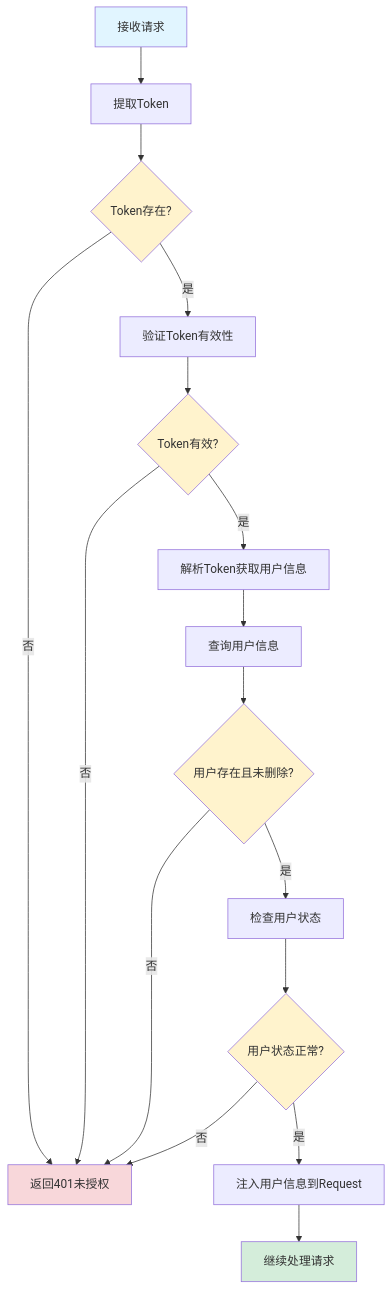
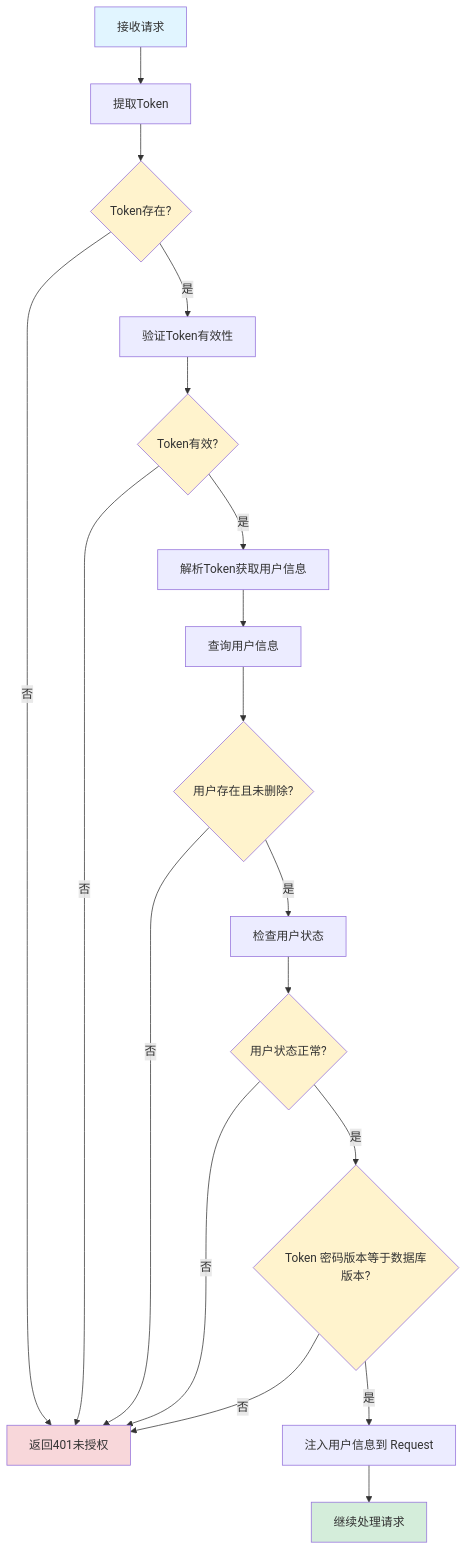
Before and after one commit to NanoAgentCode/DifyApp: the fourth of 5 diagrams in backend/doc/5.用户认证与授权功能设计文档.md, drawn with Mermaid. The commit also changed other lines of this file and 46 other files, not shown here.

````diff
--- a/backend/doc/5.用户认证与授权功能设计文档.md
+++ b/backend/doc/5.用户认证与授权功能设计文档.md
@@ -516,26 +576,29 @@
 ```mermaid
 flowchart TD
     A[接收请求] --> B[提取Token]
     B --> C{Token存在?}
     C -->|否| D[返回401未授权]
     C -->|是| E[验证Token有效性]
     E --> F{Token有效?}
     F -->|否| D
     F -->|是| G[解析Token获取用户信息]
     G --> H[查询用户信息]
     H --> I{用户存在且未删除?}
     I -->|否| D
     I -->|是| J[检查用户状态]
     J --> K{用户状态正常?}
     K -->|否| D
-    K -->|是| L[注入用户信息到Request]
-    L --> M[继续处理请求]
+    K -->|是| L{Token 密码版本等于数据库版本?}
+    L -->|否| D
+    L -->|是| M[注入用户信息到 Request]
+    M --> N[继续处理请求]
     
     style A fill:#e1f5ff
-    style M fill:#d4edda
+    style N fill:#d4edda
     style C fill:#fff3cd
     style F fill:#fff3cd
     style I fill:#fff3cd
     style K fill:#fff3cd
+    style L fill:#fff3cd
     style D fill:#f8d7da
 ```
````
